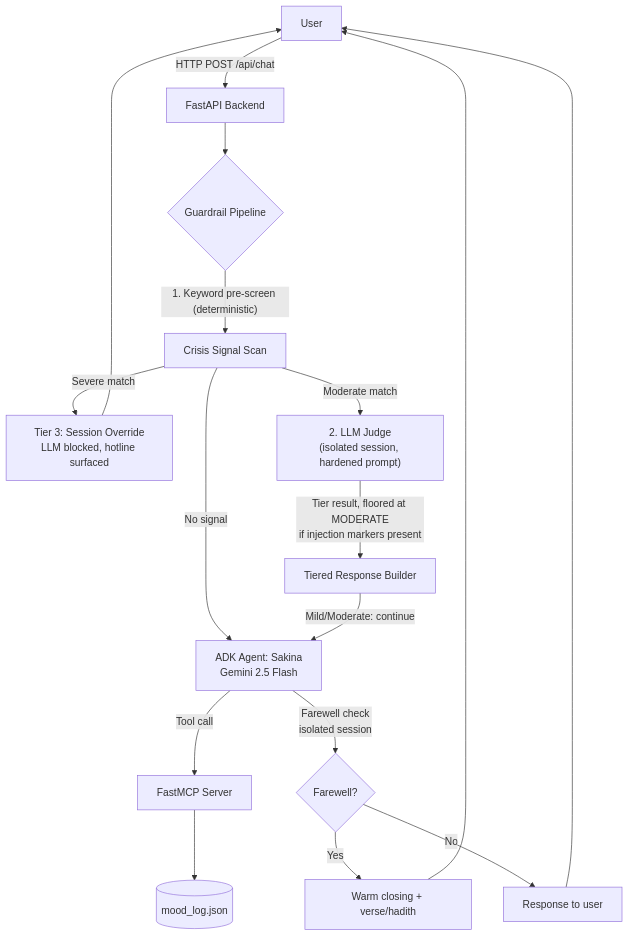
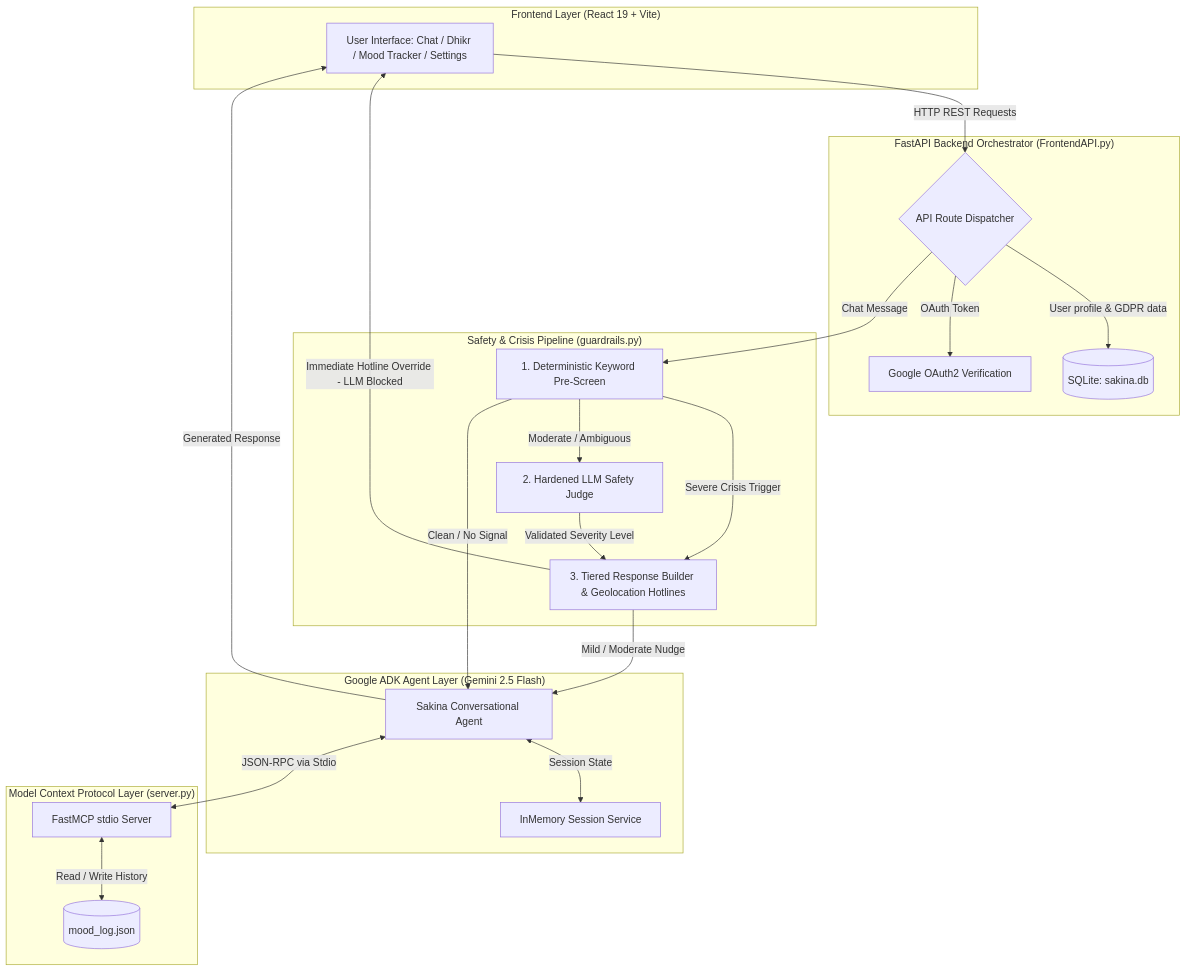
One commit to Rida-Tariq26/-SAKINA-----TRANQUILITY changed the first of 2 diagrams in README.md. Above: the diagram before and after it, drawn with Mermaid. The commit also changed other lines of this file and 29 other files, not shown here.

Commit message:
feat: enhance BYOK architecture, add Google auth, legal pages, SQLite persistence, and cloud deployment configs

````diff
--- a/README.md
+++ b/README.md
@@ -30,19 +90,47 @@
 ```mermaid
 flowchart TD
-    U[User] -->|HTTP POST /api/chat| API[FastAPI Backend]
-    API --> GR{Guardrail Pipeline}
-    GR -->|"1. Keyword pre-screen (deterministic)"| KW[Crisis Signal Scan]
-    KW -->|Severe match| T3[Tier 3: Session Override<br/>LLM blocked, hotline surfaced]
-    KW -->|Moderate match| LJ["2. LLM Judge<br/>(isolated session, hardened prompt)"]
-    LJ -->|Tier result, floored at MODERATE<br/>if injection markers present| TResp[Tiered Response Builder]
-    KW -->|No signal| AG
-    TResp -->|Mild/Moderate: continue| AG[ADK Agent: Sakina<br/>Gemini 2.5 Flash]
-    AG -->|Tool call| MCP[FastMCP Server]
-    MCP --> ML[(mood_log.json)]
-    AG -->|Farewell check<br/>isolated session| FW{Farewell?}
-    FW -->|Yes| Close[Warm closing + verse/hadith]
-    FW -->|No| Resp[Response to user]
-    T3 --> U
-    Resp --> U
-    Close --> U
+    subgraph Client["Frontend Layer (React 19 + Vite)"]
+        UI[User Interface: Chat / Dhikr / Mood Tracker / Settings]
+    end
+
+    subgraph API["FastAPI Backend Orchestrator (FrontendAPI.py)"]
+        Router{API Route Dispatcher}
+        DB[(SQLite: sakina.db)]
+        OAuth[Google OAuth2 Verification]
+    end
+
+    subgraph Guardrail["Safety & Crisis Pipeline (guardrails.py)"]
+        KW[1. Deterministic Keyword Pre-Screen]
+        Judge[2. Hardened LLM Safety Judge]
+        TierGen[3. Tiered Response Builder & Geolocation Hotlines]
+    end
+
+    subgraph ADK["Google ADK Agent Layer (Gemini 2.5 Flash)"]
+        Agent[Sakina Conversational Agent]
+        SessionMgr[InMemory Session Service]
+    end
+
+    subgraph MCP["Model Context Protocol Layer (server.py)"]
+        MCPServer[FastMCP stdio Server]
+        MoodFile[(mood_log.json)]
+    end
+
+    UI -->|HTTP REST Requests| Router
+    Router -->|User profile & GDPR data| DB
+    Router -->|OAuth Token| OAuth
+
+    Router -->|Chat Message| KW
+    KW -->|Severe Crisis Trigger| TierGen
+    TierGen -->|Immediate Hotline Override - LLM Blocked| UI
+
+    KW -->|Moderate / Ambiguous| Judge
+    Judge -->|Validated Severity Level| TierGen
+    TierGen -->|Mild / Moderate Nudge| Agent
+
+    KW -->|Clean / No Signal| Agent
+    Agent <-->|Session State| SessionMgr
+    Agent <-->|JSON-RPC via Stdio| MCPServer
+    MCPServer <-->|Read / Write History| MoodFile
+
+    Agent -->|Generated Response| UI
 ```
````
